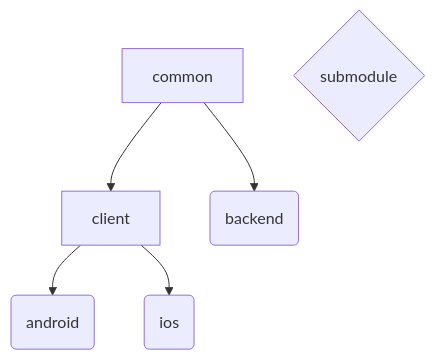
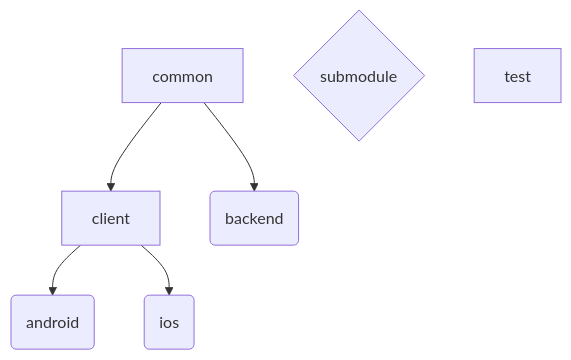
One commit to Oztechan/CCC changed the first of 2 diagrams in README.md. Above: the diagram before and after it, drawn with Mermaid. The commit also changed other lines of this file and 2 other files, not shown here.

Commit message:
[Oztechan/CCC#2885] Create test module

````diff
--- a/README.md
+++ b/README.md
@@ -30,11 +30,13 @@
 ```mermaid
 graph TD;
 
     client-->android(android)
     client-->ios(ios)
 
     common-->client
     common-->backend(backend)
     
     submodule{submodule}
+
+    test
 ```
````
